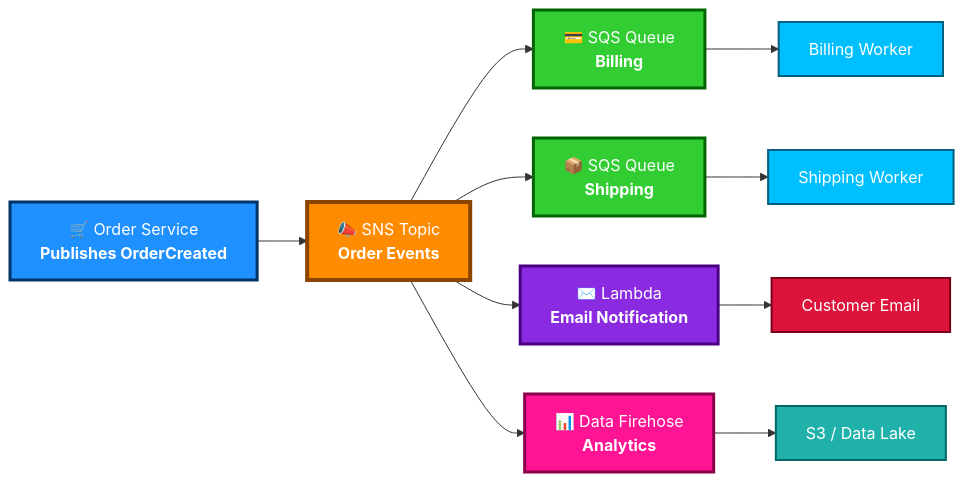
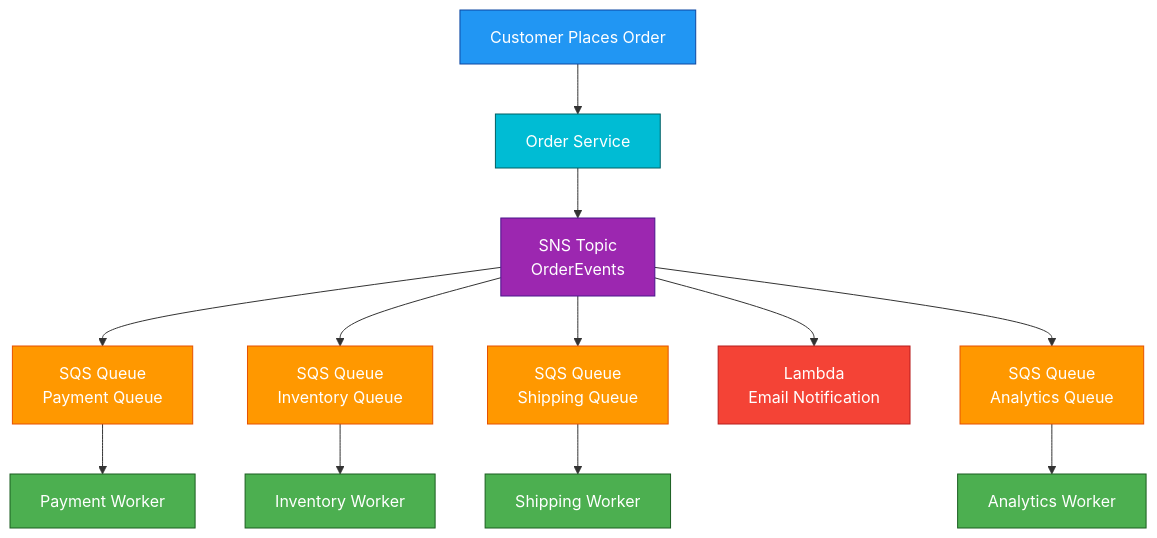
The second of 2 diagrams in notes/SNS.md (hsabit01/aws-study-guide), drawn with Mermaid before and after one commit. The commit also changed other lines of this file, not shown here.

````diff
--- a/notes/SNS.md
+++ b/notes/SNS.md
@@ -546,25 +582,29 @@
 ```mermaid
-flowchart LR
-    A["🛒 Order Service<br><b>Publishes OrderCreated</b>"] --> B["📣 SNS Topic<br><b>Order Events</b>"]
+flowchart TD
+    A[Customer Places Order] --> B[Order Service]
+    B --> C[SNS Topic<br/>OrderEvents]
 
-    B --> C["💳 SQS Queue<br><b>Billing</b>"]
-    B --> D["📦 SQS Queue<br><b>Shipping</b>"]
-    B --> E["✉️ Lambda<br><b>Email Notification</b>"]
-    B --> F["📊 Data Firehose<br><b>Analytics</b>"]
+    C --> D[SQS Queue<br/>Payment Queue]
+    C --> E[SQS Queue<br/>Inventory Queue]
+    C --> F[SQS Queue<br/>Shipping Queue]
+    C --> G[Lambda<br/>Email Notification]
+    C --> H[SQS Queue<br/>Analytics Queue]
 
-    C --> G["Billing Worker"]
-    D --> H["Shipping Worker"]
-    E --> I["Customer Email"]
-    F --> J["S3 / Data Lake"]
+    D --> I[Payment Worker]
+    E --> J[Inventory Worker]
+    F --> K[Shipping Worker]
+    H --> L[Analytics Worker]
 
-    style A fill:#1E90FF,stroke:#003366,stroke-width:3px,color:#ffffff
-    style B fill:#FF8C00,stroke:#8B4500,stroke-width:4px,color:#ffffff
-    style C fill:#32CD32,stroke:#006400,stroke-width:3px,color:#ffffff
-    style D fill:#32CD32,stroke:#006400,stroke-width:3px,color:#ffffff
-    style E fill:#8A2BE2,stroke:#4B0082,stroke-width:3px,color:#ffffff
-    style F fill:#FF1493,stroke:#8B004B,stroke-width:3px,color:#ffffff
-    style G fill:#00BFFF,stroke:#005F7F,stroke-width:2px,color:#ffffff
-    style H fill:#00BFFF,stroke:#005F7F,stroke-width:2px,color:#ffffff
-    style I fill:#DC143C,stroke:#7A0019,stroke-width:2px,color:#ffffff
-    style J fill:#20B2AA,stroke:#006666,stroke-width:2px,color:#ffffff
+    style A fill:#2196F3,stroke:#0D47A1,color:#fff
+    style B fill:#00BCD4,stroke:#006064,color:#fff
+    style C fill:#9C27B0,stroke:#4A148C,color:#fff
+    style D fill:#FF9800,stroke:#E65100,color:#fff
+    style E fill:#FF9800,stroke:#E65100,color:#fff
+    style F fill:#FF9800,stroke:#E65100,color:#fff
+    style G fill:#F44336,stroke:#B71C1C,color:#fff
+    style H fill:#FF9800,stroke:#E65100,color:#fff
+    style I fill:#4CAF50,stroke:#1B5E20,color:#fff
+    style J fill:#4CAF50,stroke:#1B5E20,color:#fff
+    style K fill:#4CAF50,stroke:#1B5E20,color:#fff
+    style L fill:#4CAF50,stroke:#1B5E20,color:#fff
 ```
````
